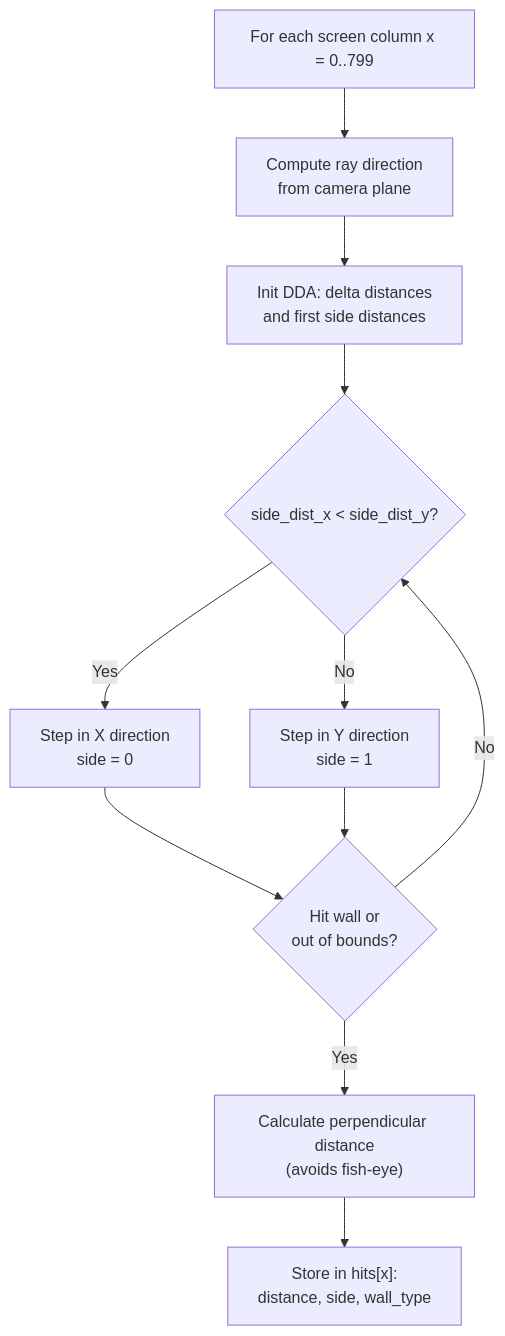
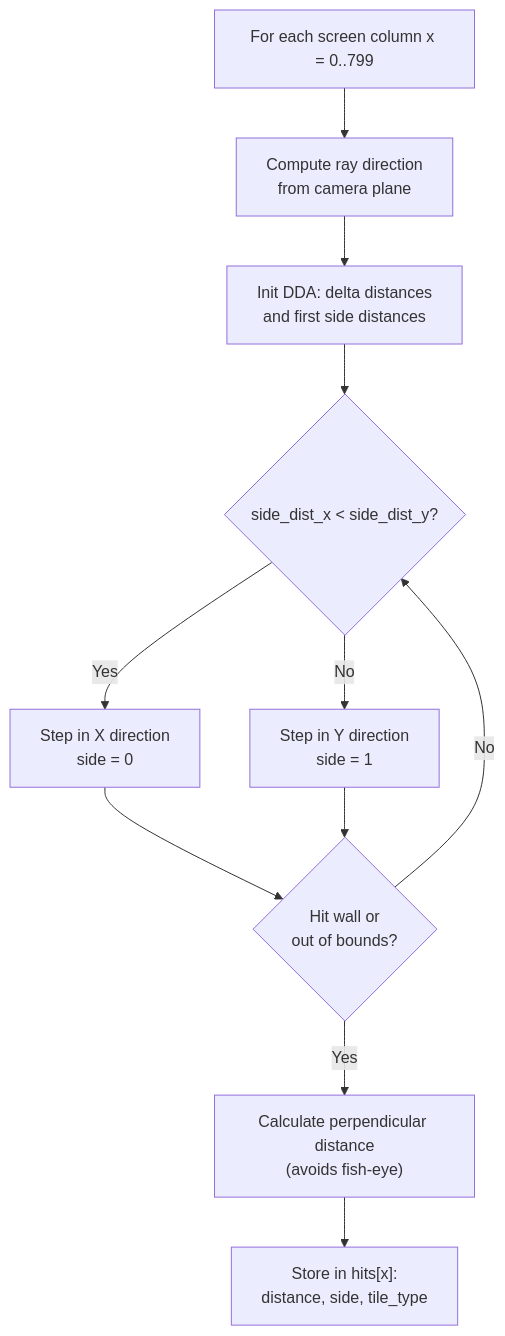
Before and after one commit to seanhodges/simple-3d-raycaster-game: the fourth of 5 diagrams in docs/ARCHITECTURE.md, drawn with Mermaid. The commit also changed other lines of this file and 7 other files, not shown here.

First line of the commit message:
Rename wall_type to tile_type across codebase

````diff
--- a/docs/ARCHITECTURE.md
+++ b/docs/ARCHITECTURE.md
@@ -238,13 +238,13 @@
 ```mermaid
 graph TD
     A["For each screen column x = 0..799"] --> B["Compute ray direction<br/>from camera plane"]
     B --> C["Init DDA: delta distances<br/>and first side distances"]
     C --> D{"side_dist_x < side_dist_y?"}
     D -->|Yes| E["Step in X direction<br/>side = 0"]
     D -->|No| F["Step in Y direction<br/>side = 1"]
     E --> G{"Hit wall or<br/>out of bounds?"}
     F --> G
     G -->|No| D
     G -->|Yes| H["Calculate perpendicular distance<br/>(avoids fish-eye)"]
-    H --> I["Store in hits[x]:<br/>distance, side, wall_type"]
+    H --> I["Store in hits[x]:<br/>distance, side, tile_type"]
 ```
````
